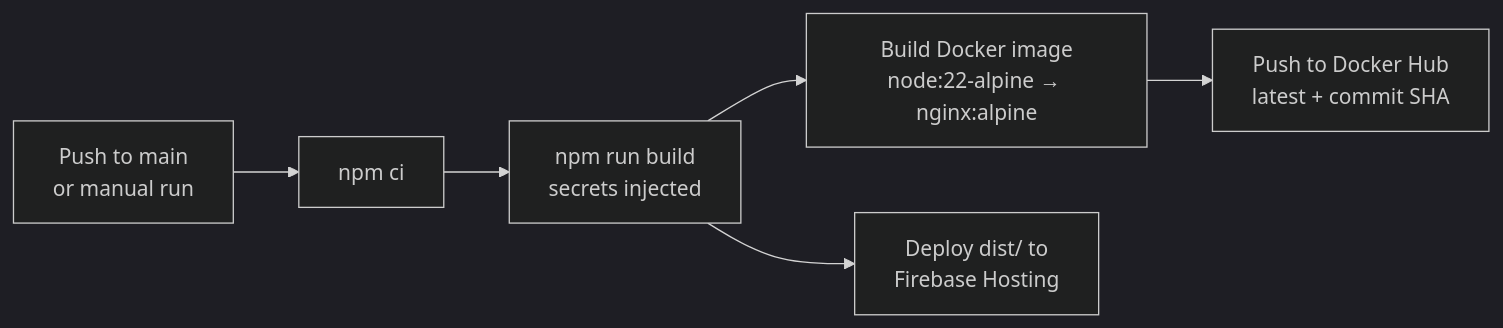
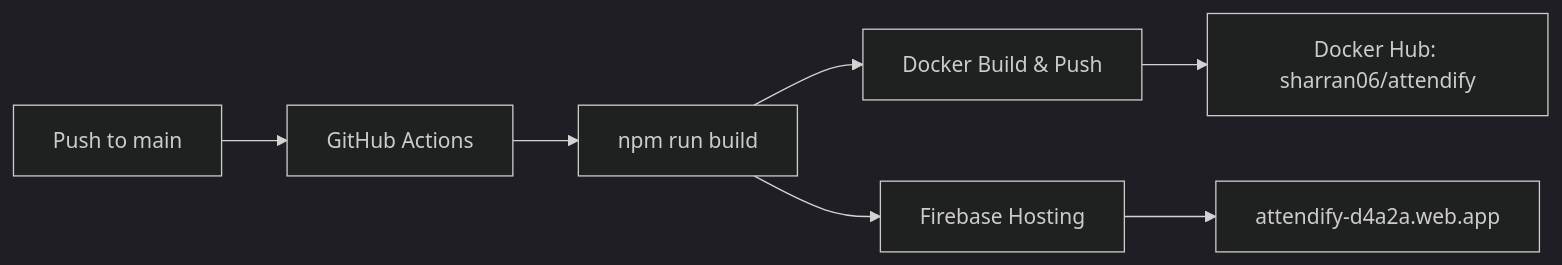
Before and after one commit to sharran-nk/Attendify: the second of 2 diagrams in README.md, drawn with Mermaid (dark theme). The commit also changed other lines of this file, not shown here.

````diff
--- a/README.md
+++ b/README.md
@@ -185,8 +231,9 @@
 ```mermaid
 flowchart LR
-    A[Push to main<br/>or manual run] --> B[npm ci]
-    B --> C[npm run build<br/>secrets injected]
-    C --> D[Build Docker image<br/>node:22-alpine → nginx:alpine]
-    D --> E[Push to Docker Hub<br/>latest + commit SHA]
-    C --> F[Deploy dist/ to<br/>Firebase Hosting]
+    A[Push to main] --> B[GitHub Actions]
+    B --> C[npm run build]
+    C --> D[Docker Build & Push]
+    D --> E[Docker Hub: sharran06/attendify]
+    C --> F[Firebase Hosting]
+    F --> G[attendify-d4a2a.web.app]
 ```
````
